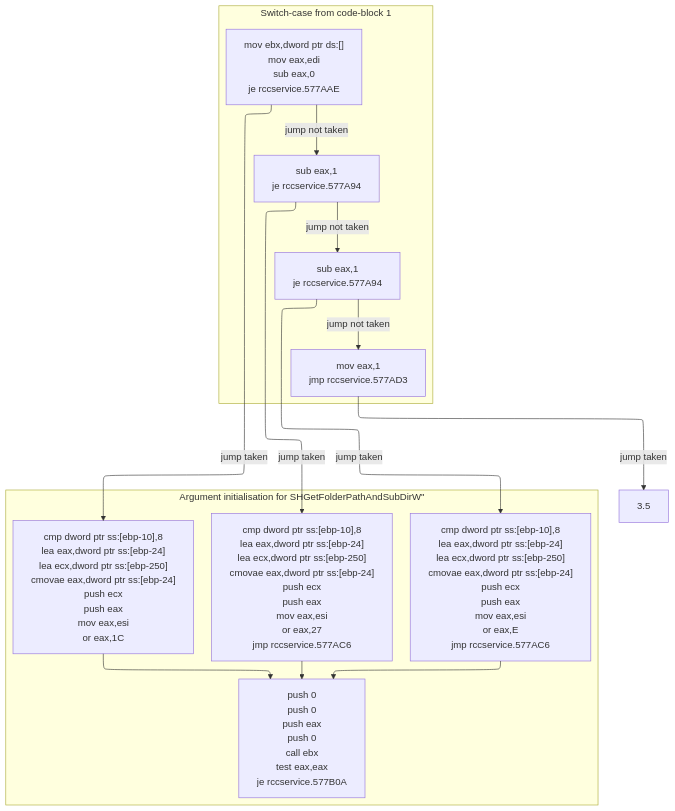
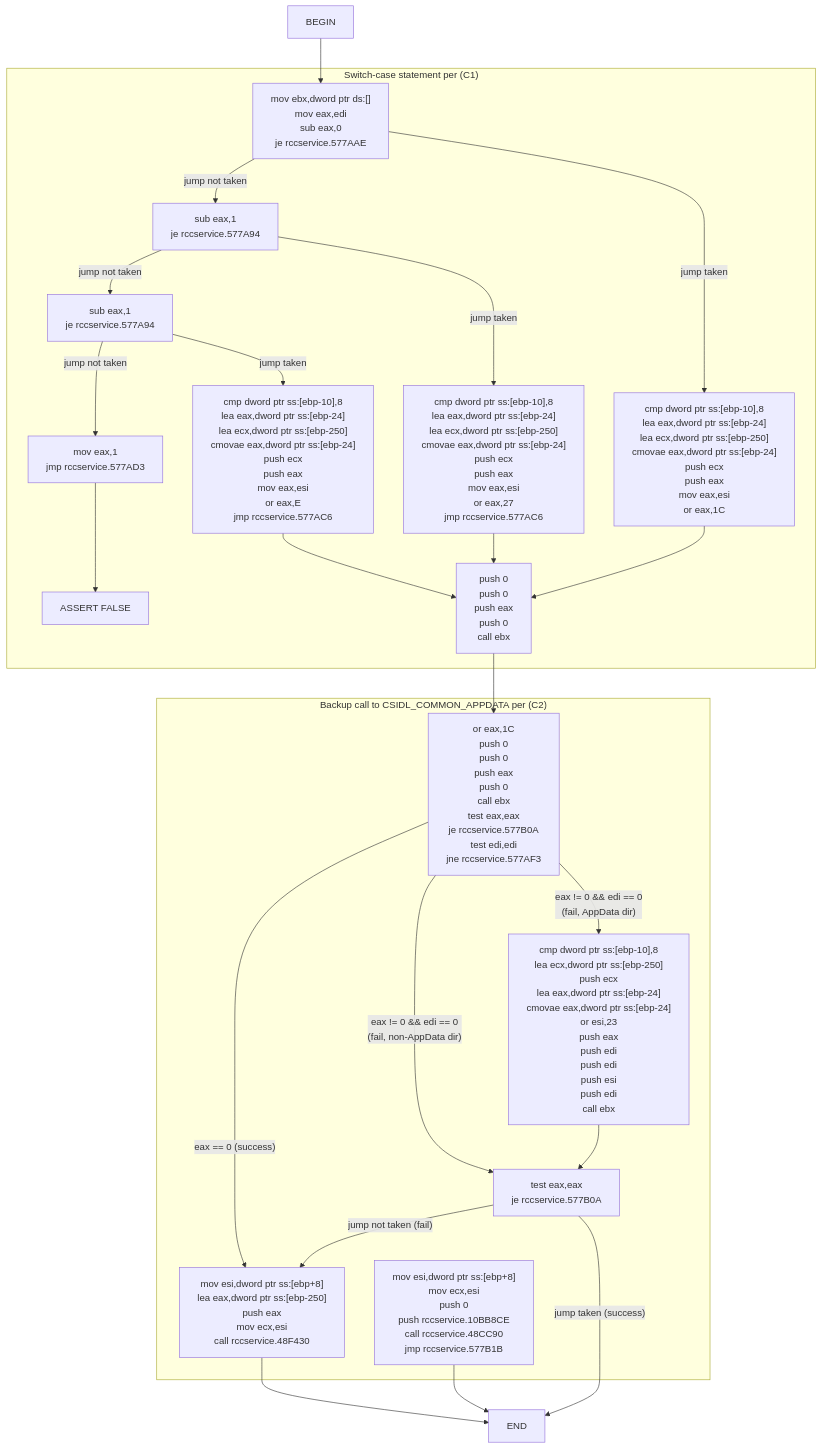
One commit to yakovexplorer/Roblox-Freedom-Distribution-Guides changed the first of 2 diagrams in RedirectAppDataDirectory/README.md. Above: the diagram before and after it, drawn with Mermaid. The commit also changed other lines of this file and 4 other files, not shown here.

````diff
--- a/RedirectAppDataDirectory/README.md
+++ b/RedirectAppDataDirectory/README.md
@@ -124,26 +124,49 @@
 ```mermaid
 ---
 config:
   themeVariables:
     fontFamily: Monospace
   flowchart:
     markdownAutoWrap: false
     wrappingWidth: 6767
-  layout: elk
 ---
 flowchart TB
-    subgraph "Switch-case from code-block 1"
-    0 -- jump not taken --> 1 -- jump not taken --> 2 -- jump not taken --> 3
-    end
-    0["mov ebx,dword ptr ds:[<SHGetFolderPathAndSubDirW>]<br>mov eax,edi<br>sub eax,0<br>je rccservice.577AAE"] -- jump taken --> 0.5
-    1["sub eax,1<br>je rccservice.577A94"] -- jump taken --> 1.5
-    2["sub eax,1<br>je rccservice.577A94"] -- jump taken --> 2.5
-    3["mov eax,1<br>jmp rccservice.577AD3"] -- jump taken --> 3.5
-
-    subgraph "Argument initialisation for "SHGetFolderPathAndSubDirW"
-    0.5["cmp dword ptr ss:[ebp-10],8<br>lea eax,dword ptr ss:[ebp-24]<br>lea ecx,dword ptr ss:[ebp-250]<br>cmovae eax,dword ptr ss:[ebp-24]<br>push ecx<br>push eax<br>mov eax,esi<br>or eax,1C"] --> E
-    1.5["cmp dword ptr ss:[ebp-10],8<br>lea eax,dword ptr ss:[ebp-24]<br>lea ecx,dword ptr ss:[ebp-250]<br>cmovae eax,dword ptr ss:[ebp-24]<br>push ecx<br>push eax<br>mov eax,esi<br>or eax,27<br>jmp rccservice.577AC6"] --> E
-    2.5["cmp dword ptr ss:[ebp-10],8<br>lea eax,dword ptr ss:[ebp-24]<br>lea ecx,dword ptr ss:[ebp-250]<br>cmovae eax,dword ptr ss:[ebp-24]<br>push ecx<br>push eax<br>mov eax,esi<br>or eax,E<br>jmp rccservice.577AC6"] --> E
-    E["push 0<br>push 0<br>push eax<br>push 0<br>call ebx<br>test eax,eax<br>je rccservice.577B0A"]
-    end
+ subgraph subGraph0["Switch-case statement per (C1)"]
+        3.5["ASSERT FALSE"]
+        3["mov eax,1<br>jmp rccservice.577AD3"]
+        2["sub eax,1<br>je rccservice.577A94"]
+        1["sub eax,1<br>je rccservice.577A94"]
+        0["mov ebx,dword ptr ds:[]<br>mov eax,edi<br>sub eax,0<br>je rccservice.577AAE"]
+        0.5["cmp dword ptr ss:[ebp-10],8<br>lea eax,dword ptr ss:[ebp-24]<br>lea ecx,dword ptr ss:[ebp-250]<br>cmovae eax,dword ptr ss:[ebp-24]<br>push ecx<br>push eax<br>mov eax,esi<br>or eax,1C"]
+        1.5["cmp dword ptr ss:[ebp-10],8<br>lea eax,dword ptr ss:[ebp-24]<br>lea ecx,dword ptr ss:[ebp-250]<br>cmovae eax,dword ptr ss:[ebp-24]<br>push ecx<br>push eax<br>mov eax,esi<br>or eax,27<br>jmp rccservice.577AC6"]
+        2.5["cmp dword ptr ss:[ebp-10],8<br>lea eax,dword ptr ss:[ebp-24]<br>lea ecx,dword ptr ss:[ebp-250]<br>cmovae eax,dword ptr ss:[ebp-24]<br>push ecx<br>push eax<br>mov eax,esi<br>or eax,E<br>jmp rccservice.577AC6"]
+        C["push 0<br>push 0<br>push eax<br>push 0<br>call ebx"]
+  end
+ subgraph subGraph1["Backup call to CSIDL_COMMON_APPDATA per (C2)"]
+        J["or eax,1C<br>push 0<br>push 0<br>push eax<br>push 0<br>call ebx<br>test eax,eax<br>je rccservice.577B0A<br>test edi,edi<br>jne rccservice.577AF3"]
+        C2["mov esi,dword ptr ss:[ebp+8]<br>lea eax,dword ptr ss:[ebp-250]<br>push eax<br>mov ecx,esi<br>call rccservice.48F430"]
+        B2["test eax,eax<br>je rccservice.577B0A"]
+        C0["cmp dword ptr ss:[ebp-10],8<br>lea ecx,dword ptr ss:[ebp-250]<br>push ecx<br>lea eax,dword ptr ss:[ebp-24]<br>cmovae eax,dword ptr ss:[ebp-24]<br>or esi,23<br>push eax<br>push edi<br>push edi<br>push esi<br>push edi<br>call ebx"]
+        C1["mov esi,dword ptr ss:[ebp+8]<br>mov ecx,esi<br>push 0<br>push rccservice.10BB8CE<br>call rccservice.48CC90<br>jmp rccservice.577B1B"]
+  end
+    0 -- jump not taken --> 1
+    1 -- jump not taken --> 2
+    2 -- jump not taken --> 3
+    3 --> 3.5
+    BEGIN["BEGIN"] --> 0
+    0 -- jump taken --> 0.5
+    1 -- jump taken --> 1.5
+    2 -- jump taken --> 2.5
+    0.5 --> C
+    1.5 --> C
+    2.5 --> C
+    C --> J
+    J -- "eax == 0 (success)" --> C2
+    J -- "eax != 0 &amp;&amp; edi == 0<br>(fail, non-AppData dir)" --> B2
+    J -- "eax != 0 &amp;&amp; edi == 0<br>(fail, AppData dir)" --> C0
+    C0 --> B2
+    B2 -- jump not taken (fail) --> C2
+    B2 -- jump taken (success) --> END["END"]
+    C2 --> END
+    C1 --> END
 ```
````
